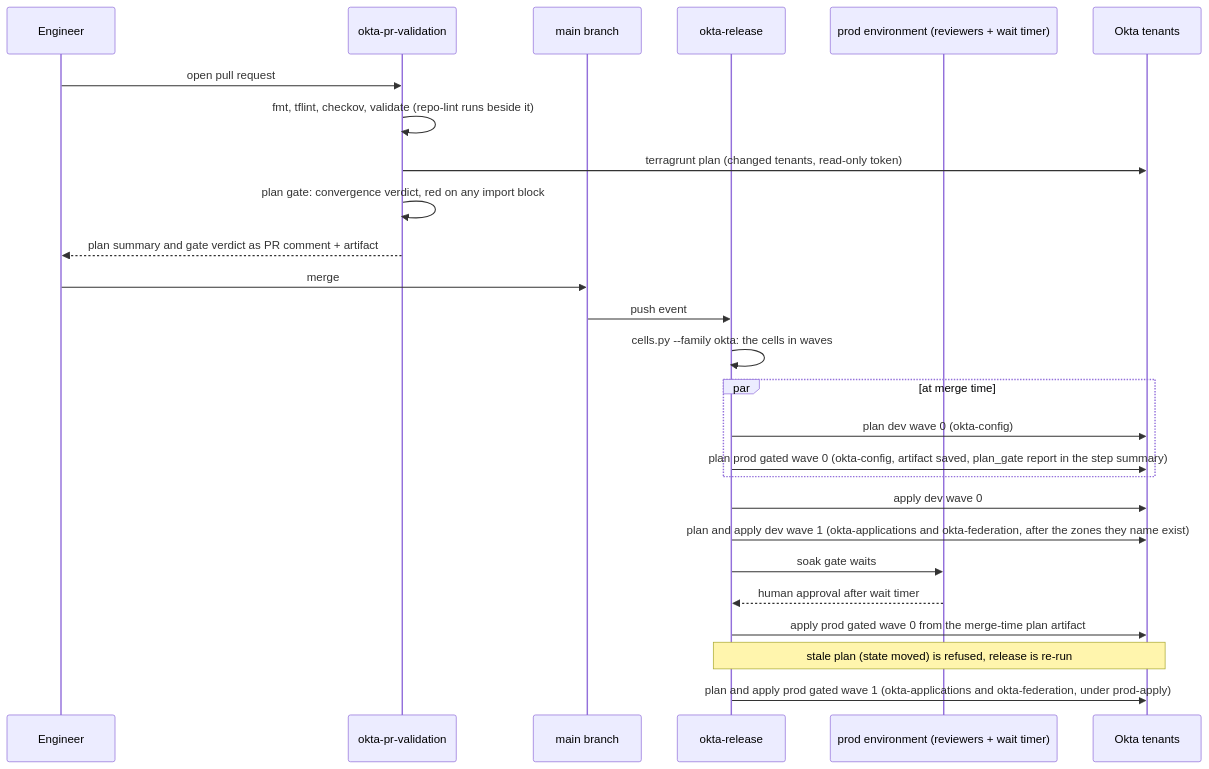
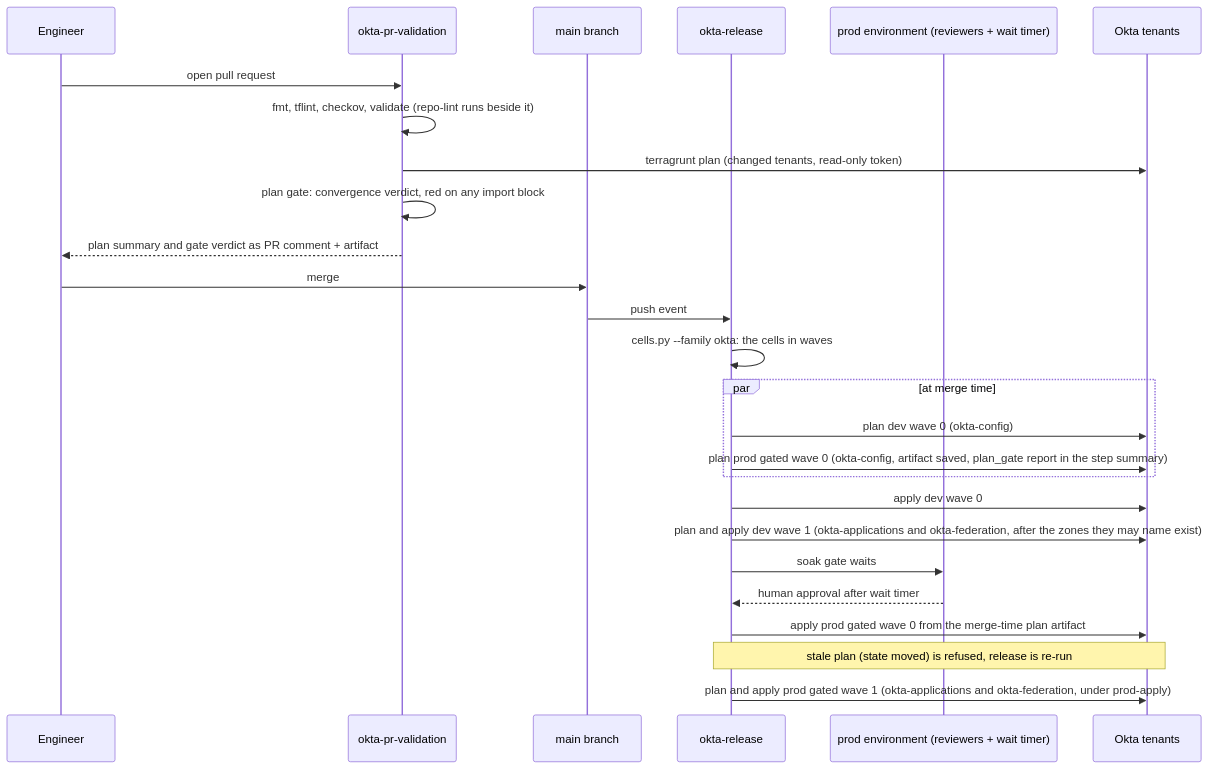
One commit to AdamFields1/identity-as-code changed diagram 11 of 11 in docs/architecture.md. Above: the diagram before and after it, drawn with Mermaid. The commit also changed other lines of this file and 21 other files, not shown here.

First line of the commit message:
Okta federation: fence account linking, address keys by content, correct the bootstrap

````diff
--- a/docs/architecture.md
+++ b/docs/architecture.md
@@ -901,29 +903,29 @@
 ```mermaid
 sequenceDiagram
   participant Dev as Engineer
   participant PR as okta-pr-validation
   participant Main as main branch
   participant Rel as okta-release
   participant Gate as prod environment (reviewers + wait timer)
   participant Okta as Okta tenants
 
   Dev->>PR: open pull request
   PR->>PR: fmt, tflint, checkov, validate (repo-lint runs beside it)
   PR->>Okta: terragrunt plan (changed tenants, read-only token)
   PR->>PR: plan gate: convergence verdict, red on any import block
   PR-->>Dev: plan summary and gate verdict as PR comment + artifact
   Dev->>Main: merge
   Main->>Rel: push event
   Rel->>Rel: cells.py --family okta: the cells in waves
   par at merge time
     Rel->>Okta: plan dev wave 0 (okta-config)
     Rel->>Okta: plan prod gated wave 0 (okta-config, artifact saved, plan_gate report in the step summary)
   end
   Rel->>Okta: apply dev wave 0
-  Rel->>Okta: plan and apply dev wave 1 (okta-applications and okta-federation, after the zones they name exist)
+  Rel->>Okta: plan and apply dev wave 1 (okta-applications and okta-federation, after the zones they may name exist)
   Rel->>Gate: soak gate waits
   Gate-->>Rel: human approval after wait timer
   Rel->>Okta: apply prod gated wave 0 from the merge-time plan artifact
   Note over Rel,Okta: stale plan (state moved) is refused, release is re-run
   Rel->>Okta: plan and apply prod gated wave 1 (okta-applications and okta-federation, under prod-apply)
 ```
````
